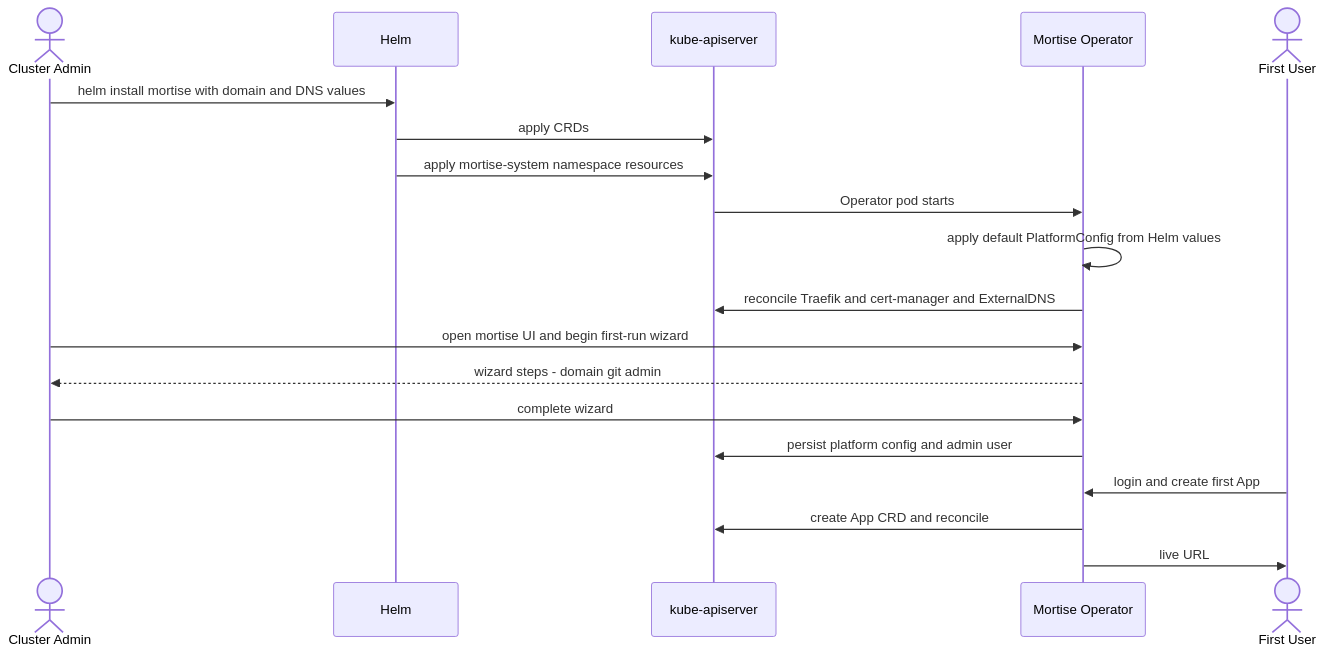
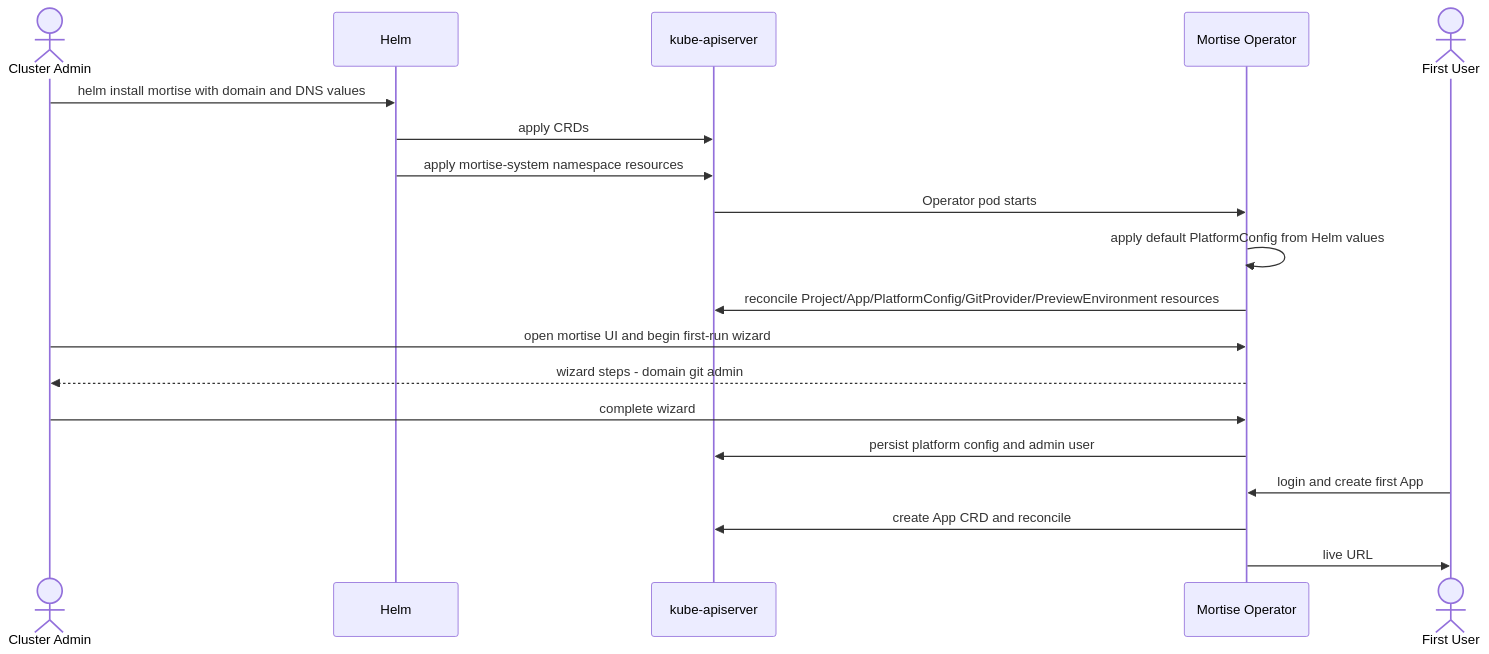
One commit to mortise-org/mortise changed the fifth of 5 diagrams in ARCHITECTURE.md. Above: the diagram before and after it, drawn with Mermaid. The commit also changed other lines of this file and 13 other files, not shown here.

````diff
--- a/ARCHITECTURE.md
+++ b/ARCHITECTURE.md
@@ -321,22 +321,22 @@
 ```mermaid
 sequenceDiagram
     actor Admin as Cluster Admin
     participant Helm as Helm
     participant K8s as kube-apiserver
     participant Op as Mortise Operator
     actor User as First User
 
     Admin->>Helm: helm install mortise with domain and DNS values
     Helm->>K8s: apply CRDs
     Helm->>K8s: apply mortise-system namespace resources
     K8s->>Op: Operator pod starts
     Op->>Op: apply default PlatformConfig from Helm values
-    Op->>K8s: reconcile Traefik and cert-manager and ExternalDNS
+    Op->>K8s: reconcile Project/App/PlatformConfig/GitProvider/PreviewEnvironment resources
     Admin->>Op: open mortise UI and begin first-run wizard
     Op-->>Admin: wizard steps - domain git admin
     Admin->>Op: complete wizard
     Op->>K8s: persist platform config and admin user
     User->>Op: login and create first App
     Op->>K8s: create App CRD and reconcile
     Op->>User: live URL
 ```
````
